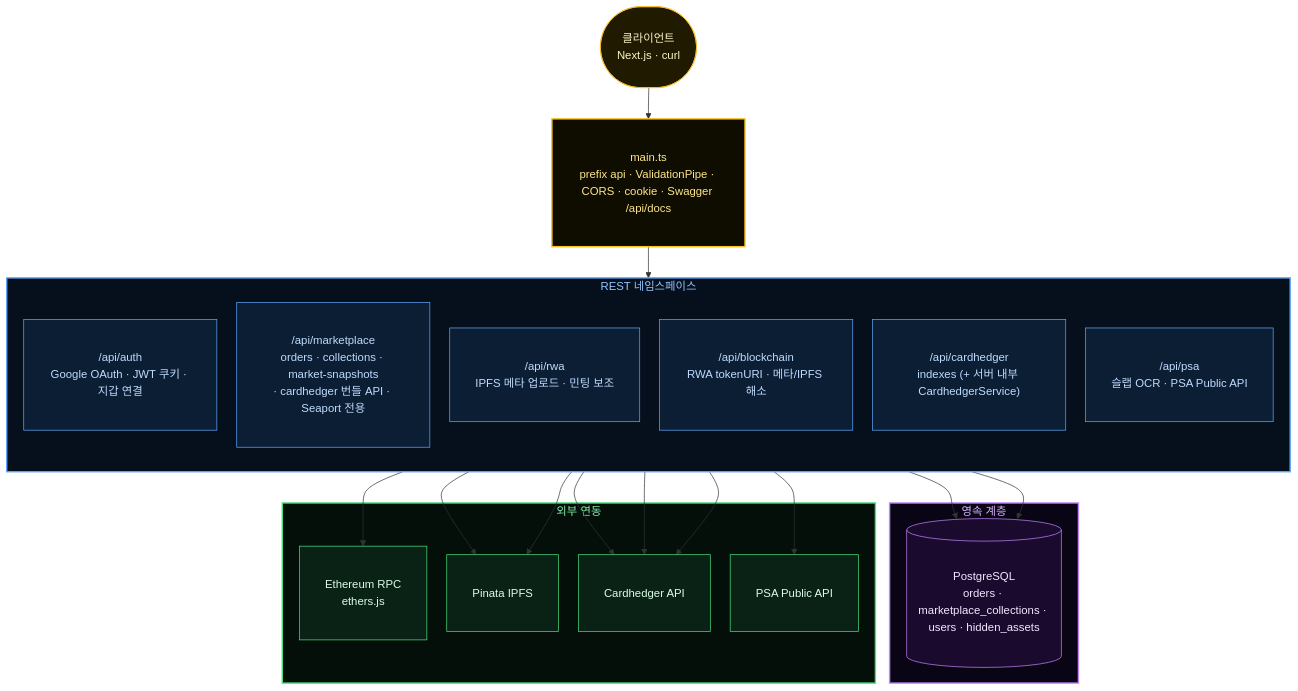
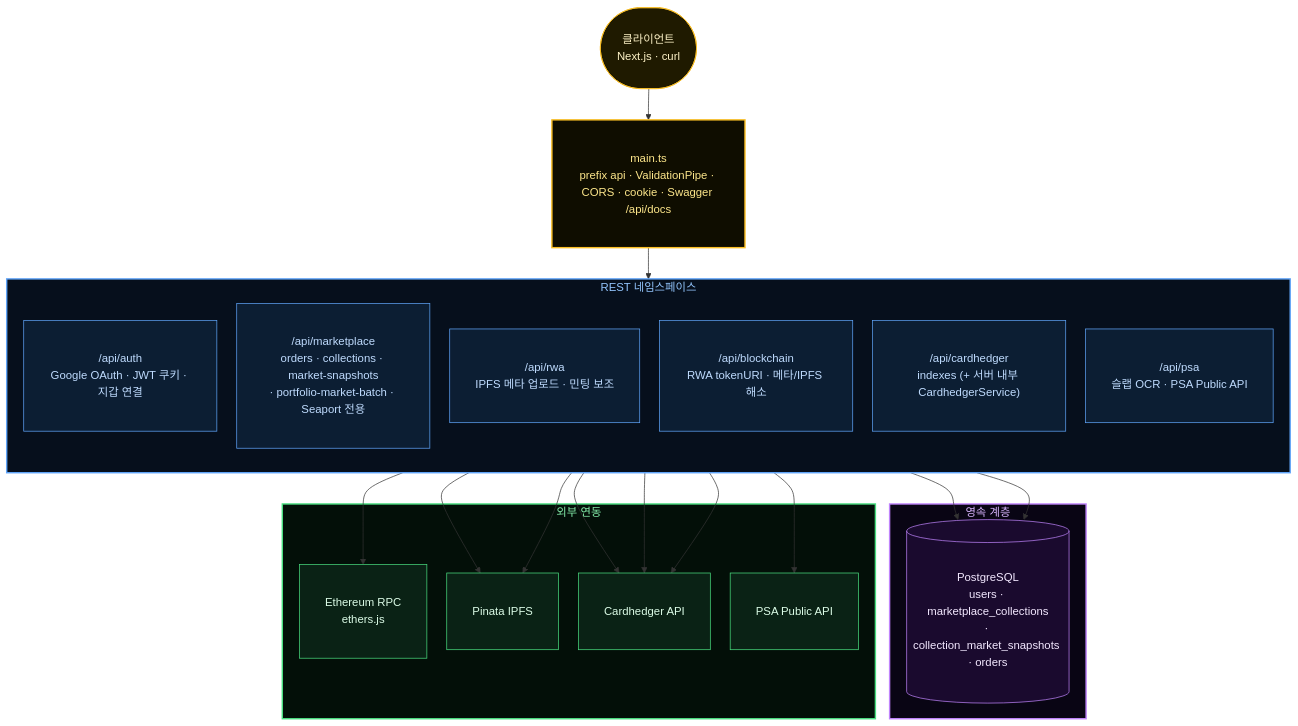
The ninth of 11 diagrams in docs/diagrams/marketplace-lifecycle.md (tokenable-dev/tokenable-dev), drawn with Mermaid before and after one commit. The commit also changed other lines of this file and 47 other files, not shown here.

````diff
--- a/docs/diagrams/marketplace-lifecycle.md
+++ b/docs/diagrams/marketplace-lifecycle.md
@@ -657,50 +657,50 @@
 ```mermaid
 %%{init: {'flowchart': {'rankSpacing': 44, 'nodeSpacing': 28, 'padding': 18}}}%%
 flowchart TD
     classDef entry fill:#1f1a00,stroke:#fbbf24,color:#fef3c7,padding:8px 14px
     classDef route fill:#0c1e33,stroke:#60a5fa,color:#bfdbfe,padding:8px 14px
     classDef data  fill:#1a0a2e,stroke:#c084fc,color:#f3e8ff,padding:8px 14px
     classDef ext   fill:#0a2215,stroke:#4ade80,color:#dcfce7,padding:8px 14px
 
     CLIENT(["클라이언트<br/>Next.js · curl"]):::entry
 
     GATE["main.ts<br/>prefix api · ValidationPipe · CORS · cookie · Swagger /api/docs"]:::entry
 
     subgraph REST ["REST 네임스페이스"]
         direction TB
         R_AUTH["/api/auth<br/>Google OAuth · JWT 쿠키 · 지갑 연결"]:::route
-        R_MKT["/api/marketplace<br/>orders · collections · market-snapshots<br/>· cardhedger 번들 API · Seaport 전용"]:::route
+        R_MKT["/api/marketplace<br/>orders · collections · market-snapshots<br/>· portfolio-market-batch · Seaport 전용"]:::route
         R_RWA["/api/rwa<br/>IPFS 메타 업로드 · 민팅 보조"]:::route
         R_BC["/api/blockchain<br/>RWA tokenURI · 메타/IPFS 해소"]:::route
         R_CH["/api/cardhedger<br/>indexes (+ 서버 내부 CardhedgerService)"]:::route
         R_PSA["/api/psa<br/>슬랩 OCR · PSA Public API"]:::route
     end
 
     subgraph PERSIST ["영속 계층"]
-        PG[("PostgreSQL<br/>orders · marketplace_collections · users · hidden_assets")]:::data
+        PG[("PostgreSQL<br/>users · marketplace_collections<br/>· collection_market_snapshots · orders")]:::data
     end
 
     subgraph OUT ["외부 연동"]
         ETH["Ethereum RPC<br/>ethers.js"]:::ext
         PIN["Pinata IPFS"]:::ext
         CH["Cardhedger API"]:::ext
         PSAHTTP["PSA Public API"]:::ext
     end
 
     CLIENT --> GATE
     GATE --> REST
     R_MKT --> PG
     R_MKT --> CH
     R_AUTH --> PG
     R_RWA --> PIN
     R_BC --> ETH
     R_CH --> CH
     R_PSA --> PIN
     R_PSA --> CH
     R_PSA --> PSAHTTP
 
     style GATE fill:#0f0d00,stroke:#fbbf24,stroke-width:2px,color:#fde68a
     style REST fill:#060f1c,stroke:#60a5fa,stroke-width:2px,color:#93c5fd
     style PERSIST fill:#090514,stroke:#c084fc,stroke-width:2px,color:#d8b4fe
     style OUT fill:#030f08,stroke:#4ade80,stroke-width:2px,color:#86efac
 ```
````
